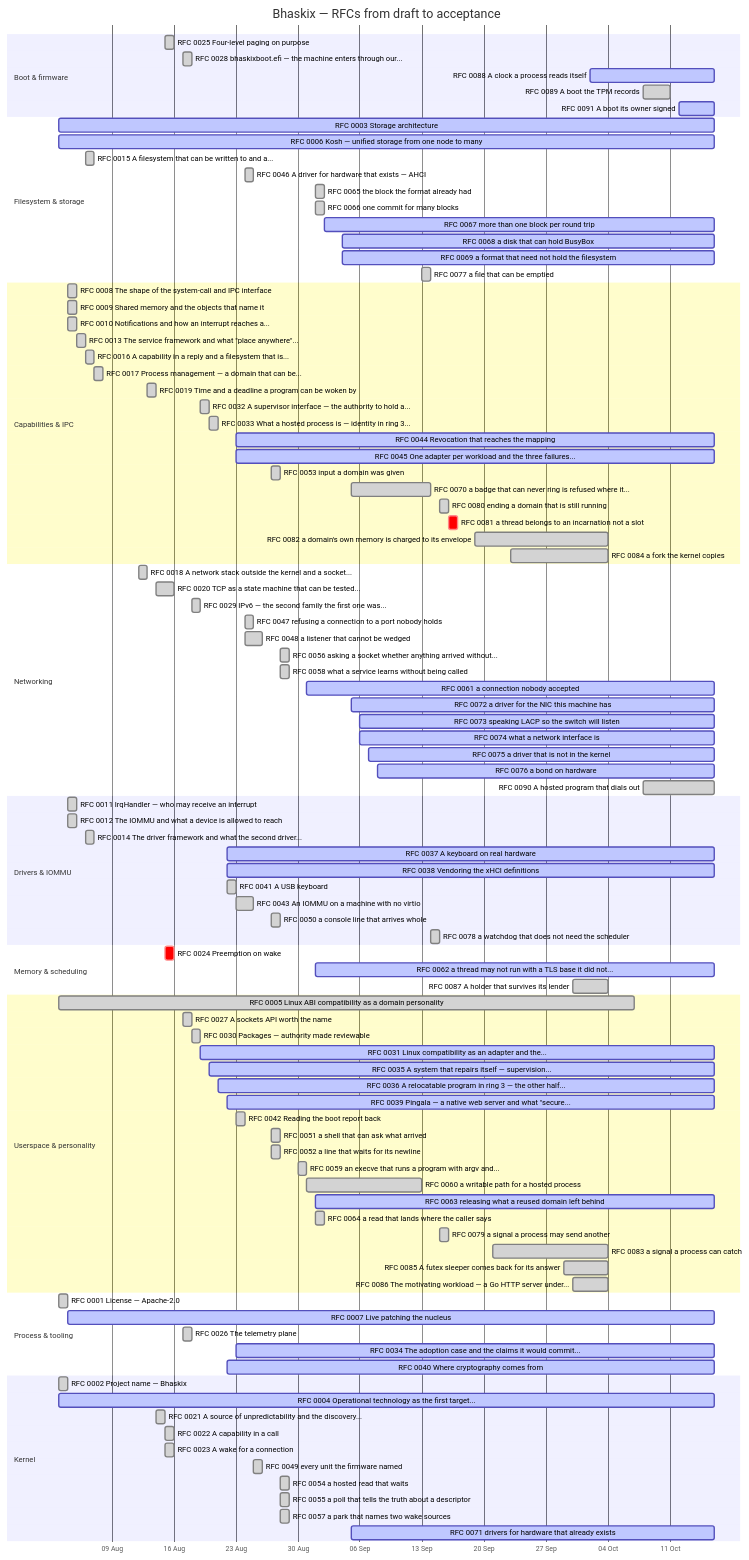
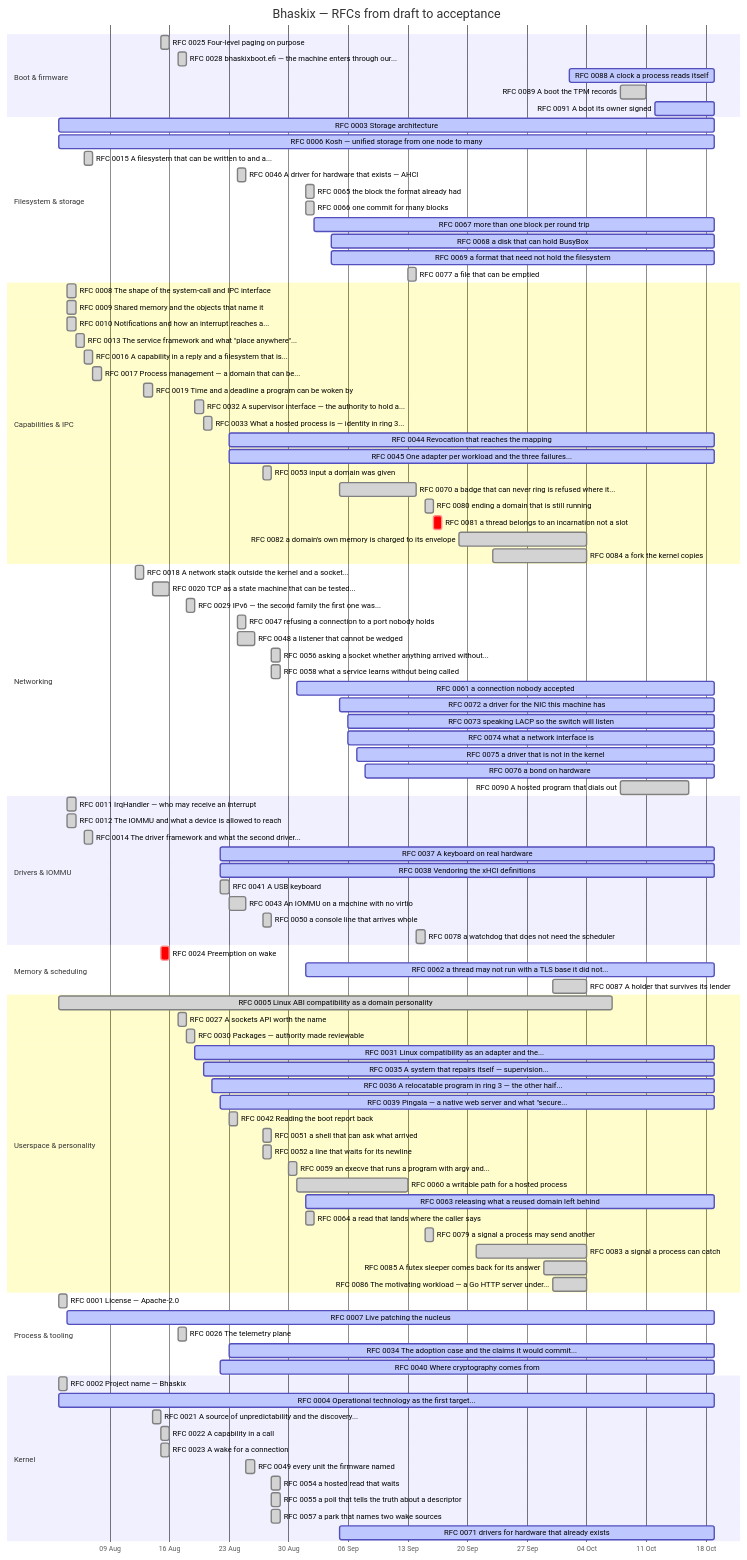
Before and after one commit to bhaskix/bhaskix: the diagram in docs/progress.md, drawn with Mermaid. The commit also changed other lines of this file and 10 other files, not shown here.

````diff
--- a/docs/progress.md
+++ b/docs/progress.md
@@ -30,19 +30,19 @@
     section Boot & firmware
     RFC 0025 Four-level paging on purpose :done, r0025, 2026-08-15, 2026-08-16
     RFC 0028 bhaskixboot.efi — the machine enters through our... :done, r0028, 2026-08-17, 2026-08-18
-    RFC 0088 A clock a process reads itself :active, r0088, 2026-10-02, 2026-10-16
+    RFC 0088 A clock a process reads itself :active, r0088, 2026-10-02, 2026-10-19
     RFC 0089 A boot the TPM records :done, r0089, 2026-10-08, 2026-10-11
-    RFC 0091 A boot its owner signed :active, r0091, 2026-10-12, 2026-10-16
+    RFC 0091 A boot its owner signed :active, r0091, 2026-10-12, 2026-10-19
     section Filesystem & storage
-    RFC 0003 Storage architecture :active, r0003, 2026-08-03, 2026-10-16
-    RFC 0006 Kosh — unified storage from one node to many :active, r0006, 2026-08-03, 2026-10-16
+    RFC 0003 Storage architecture :active, r0003, 2026-08-03, 2026-10-19
+    RFC 0006 Kosh — unified storage from one node to many :active, r0006, 2026-08-03, 2026-10-19
     RFC 0015 A filesystem that can be written to and a... :done, r0015, 2026-08-06, 1d
     RFC 0046 A driver for hardware that exists — AHCI :done, r0046, 2026-08-24, 1d
     RFC 0065 the block the format already had :done, r0065, 2026-09-01, 1d
     RFC 0066 one commit for many blocks :done, r0066, 2026-09-01, 1d
-    RFC 0067 more than one block per round trip :active, r0067, 2026-09-02, 2026-10-16
-    RFC 0068 a disk that can hold BusyBox :active, r0068, 2026-09-04, 2026-10-16
-    RFC 0069 a format that need not hold the filesystem :active, r0069, 2026-09-04, 2026-10-16
+    RFC 0067 more than one block per round trip :active, r0067, 2026-09-02, 2026-10-19
+    RFC 0068 a disk that can hold BusyBox :active, r0068, 2026-09-04, 2026-10-19
+    RFC 0069 a format that need not hold the filesystem :active, r0069, 2026-09-04, 2026-10-19
     RFC 0077 a file that can be emptied :done, r0077, 2026-09-13, 1d
     section Capabilities & IPC
     RFC 0008 The shape of the system-call and IPC interface :done, r0008, 2026-08-04, 1d
@@ -54,8 +54,8 @@
     RFC 0019 Time and a deadline a program can be woken by :done, r0019, 2026-08-13, 2026-08-14
     RFC 0032 A supervisor interface — the authority to hold a... :done, r0032, 2026-08-19, 2026-08-20
     RFC 0033 What a hosted process is — identity in ring 3... :done, r0033, 2026-08-20, 1d
-    RFC 0044 Revocation that reaches the mapping :active, r0044, 2026-08-23, 2026-10-16
-    RFC 0045 One adapter per workload and the three failures... :active, r0045, 2026-08-23, 2026-10-16
+    RFC 0044 Revocation that reaches the mapping :active, r0044, 2026-08-23, 2026-10-19
+    RFC 0045 One adapter per workload and the three failures... :active, r0045, 2026-08-23, 2026-10-19
     RFC 0053 input a domain was given :done, r0053, 2026-08-27, 1d
     RFC 0070 a badge that can never ring is refused where it... :done, r0070, 2026-09-05, 2026-09-14
     RFC 0080 ending a domain that is still running :done, r0080, 2026-09-15, 1d
@@ -70,41 +70,41 @@
     RFC 0048 a listener that cannot be wedged :done, r0048, 2026-08-24, 2026-08-26
     RFC 0056 asking a socket whether anything arrived without... :done, r0056, 2026-08-28, 1d
     RFC 0058 what a service learns without being called :done, r0058, 2026-08-28, 1d
-    RFC 0061 a connection nobody accepted :active, r0061, 2026-08-31, 2026-10-16
-    RFC 0072 a driver for the NIC this machine has :active, r0072, 2026-09-05, 2026-10-16
-    RFC 0073 speaking LACP so the switch will listen :active, r0073, 2026-09-06, 2026-10-16
-    RFC 0074 what a network interface is :active, r0074, 2026-09-06, 2026-10-16
-    RFC 0075 a driver that is not in the kernel :active, r0075, 2026-09-07, 2026-10-16
-    RFC 0076 a bond on hardware :active, r0076, 2026-09-08, 2026-10-16
+    RFC 0061 a connection nobody accepted :active, r0061, 2026-08-31, 2026-10-19
+    RFC 0072 a driver for the NIC this machine has :active, r0072, 2026-09-05, 2026-10-19
+    RFC 0073 speaking LACP so the switch will listen :active, r0073, 2026-09-06, 2026-10-19
+    RFC 0074 what a network interface is :active, r0074, 2026-09-06, 2026-10-19
+    RFC 0075 a driver that is not in the kernel :active, r0075, 2026-09-07, 2026-10-19
+    RFC 0076 a bond on hardware :active, r0076, 2026-09-08, 2026-10-19
     RFC 0090 A hosted program that dials out :done, r0090, 2026-10-08, 2026-10-16
     section Drivers & IOMMU
     RFC 0011 IrqHandler — who may receive an interrupt :done, r0011, 2026-08-04, 1d
     RFC 0012 The IOMMU and what a device is allowed to reach :done, r0012, 2026-08-04, 1d
     RFC 0014 The driver framework and what the second driver... :done, r0014, 2026-08-06, 1d
-    RFC 0037 A keyboard on real hardware :active, r0037, 2026-08-22, 2026-10-16
-    RFC 0038 Vendoring the xHCI definitions :active, r0038, 2026-08-22, 2026-10-16
+    RFC 0037 A keyboard on real hardware :active, r0037, 2026-08-22, 2026-10-19
+    RFC 0038 Vendoring the xHCI definitions :active, r0038, 2026-08-22, 2026-10-19
     RFC 0041 A USB keyboard :done, r0041, 2026-08-22, 2026-08-23
     RFC 0043 An IOMMU on a machine with no virtio :done, r0043, 2026-08-23, 2026-08-25
     RFC 0050 a console line that arrives whole :done, r0050, 2026-08-27, 1d
     RFC 0078 a watchdog that does not need the scheduler :done, r0078, 2026-09-14, 2026-09-15
     section Memory & scheduling
     RFC 0024 Preemption on wake :crit, r0024, 2026-08-15, 1d
-    RFC 0062 a thread may not run with a TLS base it did not... :active, r0062, 2026-09-01, 2026-10-16
+    RFC 0062 a thread may not run with a TLS base it did not... :active, r0062, 2026-09-01, 2026-10-19
     RFC 0087 A holder that survives its lender :done, r0087, 2026-09-30, 2026-10-04
     section Userspace & personality
     RFC 0005 Linux ABI compatibility as a domain personality :done, r0005, 2026-08-03, 2026-10-07
     RFC 0027 A sockets API worth the name :done, r0027, 2026-08-17, 1d
     RFC 0030 Packages — authority made reviewable :done, r0030, 2026-08-18, 2026-08-19
-    RFC 0031 Linux compatibility as an adapter and the... :active, r0031, 2026-08-19, 2026-10-16
-    RFC 0035 A system that repairs itself — supervision... :active, r0035, 2026-08-20, 2026-10-16
-    RFC 0036 A relocatable program in ring 3 — the other half... :active, r0036, 2026-08-21, 2026-10-16
-    RFC 0039 Pingala — a native web server and what "secure... :active, r0039, 2026-08-22, 2026-10-16
+    RFC 0031 Linux compatibility as an adapter and the... :active, r0031, 2026-08-19, 2026-10-19
+    RFC 0035 A system that repairs itself — supervision... :active, r0035, 2026-08-20, 2026-10-19
+    RFC 0036 A relocatable program in ring 3 — the other half... :active, r0036, 2026-08-21, 2026-10-19
+    RFC 0039 Pingala — a native web server and what "secure... :active, r0039, 2026-08-22, 2026-10-19
     RFC 0042 Reading the boot report back :done, r0042, 2026-08-23, 1d
     RFC 0051 a shell that can ask what arrived :done, r0051, 2026-08-27, 1d
     RFC 0052 a line that waits for its newline :done, r0052, 2026-08-27, 1d
     RFC 0059 an execve that runs a program with argv and... :done, r0059, 2026-08-30, 1d
     RFC 0060 a writable path for a hosted process :done, r0060, 2026-08-31, 2026-09-13
-    RFC 0063 releasing what a reused domain left behind :active, r0063, 2026-09-01, 2026-10-16
+    RFC 0063 releasing what a reused domain left behind :active, r0063, 2026-09-01, 2026-10-19
     RFC 0064 a read that lands where the caller says :done, r0064, 2026-09-01, 1d
     RFC 0079 a signal a process may send another :done, r0079, 2026-09-15, 1d
     RFC 0083 a signal a process can catch :done, r0083, 2026-09-21, 2026-10-04
@@ -112,13 +112,13 @@
     RFC 0086 The motivating workload — a Go HTTP server under... :done, r0086, 2026-09-30, 2026-10-04
     section Process & tooling
     RFC 0001 License — Apache-2.0 :done, r0001, 2026-08-03, 1d
-    RFC 0007 Live patching the nucleus :active, r0007, 2026-08-04, 2026-10-16
+    RFC 0007 Live patching the nucleus :active, r0007, 2026-08-04, 2026-10-19
     RFC 0026 The telemetry plane :done, r0026, 2026-08-17, 1d
-    RFC 0034 The adoption case and the claims it would commit... :active, r0034, 2026-08-23, 2026-10-16
-    RFC 0040 Where cryptography comes from :active, r0040, 2026-08-22, 2026-10-16
+    RFC 0034 The adoption case and the claims it would commit... :active, r0034, 2026-08-23, 2026-10-19
+    RFC 0040 Where cryptography comes from :active, r0040, 2026-08-22, 2026-10-19
     section Kernel
     RFC 0002 Project name — Bhaskix :done, r0002, 2026-08-03, 1d
-    RFC 0004 Operational technology as the first target... :active, r0004, 2026-08-03, 2026-10-16
+    RFC 0004 Operational technology as the first target... :active, r0004, 2026-08-03, 2026-10-19
     RFC 0021 A source of unpredictability and the discovery... :done, r0021, 2026-08-14, 1d
     RFC 0022 A capability in a call :done, r0022, 2026-08-15, 2026-08-16
     RFC 0023 A wake for a connection :done, r0023, 2026-08-15, 2026-08-16
@@ -126,5 +126,5 @@
     RFC 0054 a hosted read that waits :done, r0054, 2026-08-28, 1d
     RFC 0055 a poll that tells the truth about a descriptor :done, r0055, 2026-08-28, 1d
     RFC 0057 a park that names two wake sources :done, r0057, 2026-08-28, 1d
-    RFC 0071 drivers for hardware that already exists :active, r0071, 2026-09-05, 2026-10-16
+    RFC 0071 drivers for hardware that already exists :active, r0071, 2026-09-05, 2026-10-19
 ```
````
